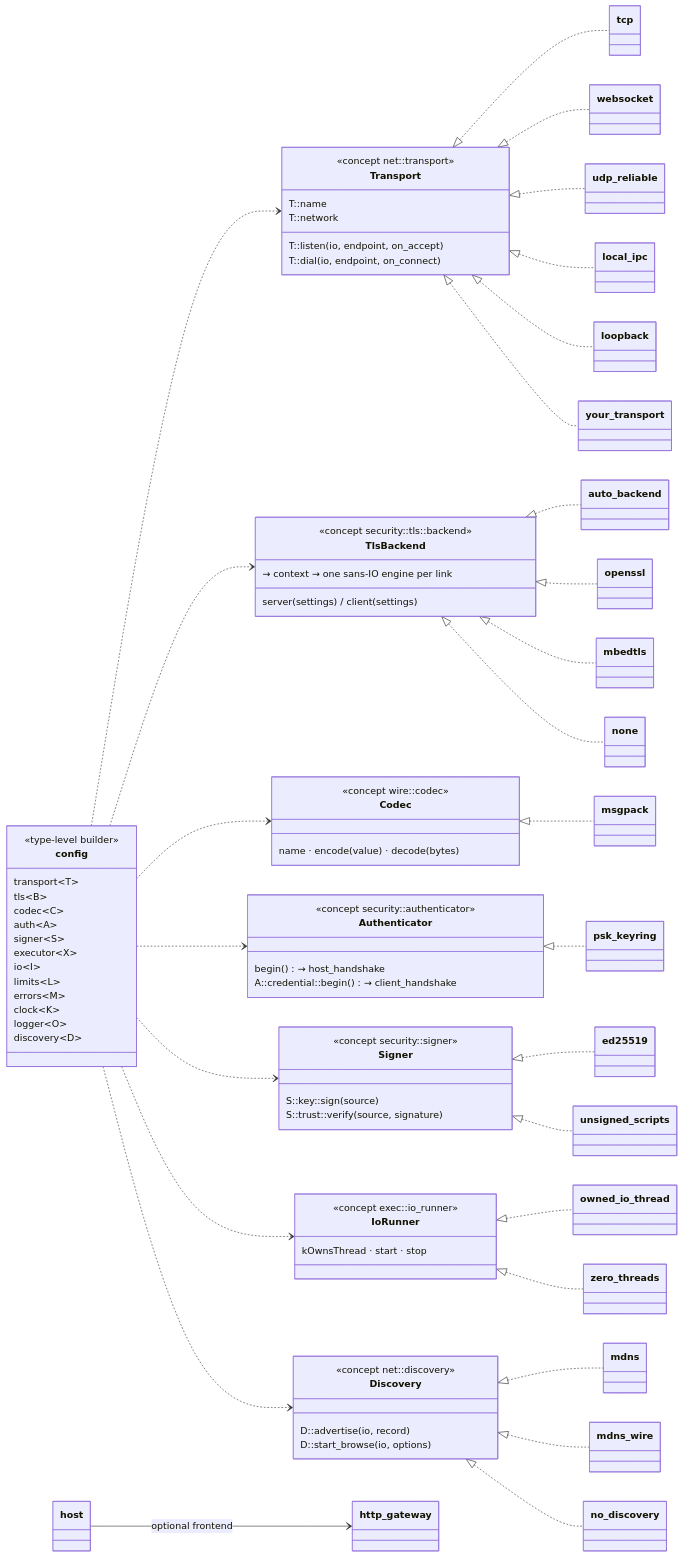
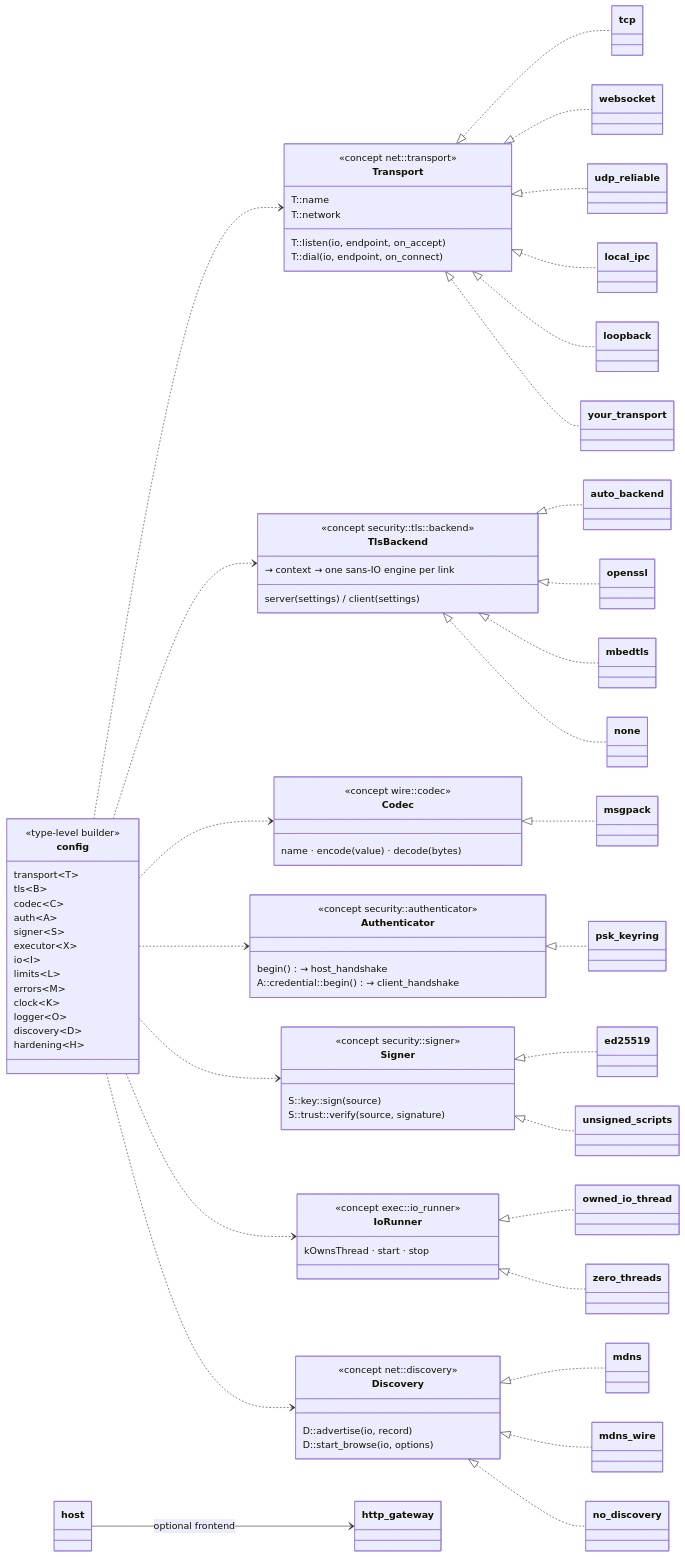
The third of 14 diagrams in Docs/ARCHITECTURE.md (tonytranrp/RHP), drawn with Mermaid before and after one commit. The commit also changed other lines of this file and 4 other files, not shown here.

````diff
--- a/Docs/ARCHITECTURE.md
+++ b/Docs/ARCHITECTURE.md
@@ -122,81 +122,82 @@
 ```mermaid
 classDiagram
     direction LR
     class config {
         <<type-level builder>>
         transport~T~
         tls~B~
         codec~C~
         auth~A~
         signer~S~
         executor~X~
         io~I~
         limits~L~
         errors~M~
         clock~K~
         logger~O~
         discovery~D~
+        hardening~H~
     }
     class Transport {
         <<concept net::transport>>
         T::name
         T::listen(io, endpoint, on_accept)
         T::dial(io, endpoint, on_connect)
         T::network
     }
     class TlsBackend {
         <<concept security::tls::backend>>
         server(settings) / client(settings)
         → context → one sans-IO engine per link
     }
     class Codec {
         <<concept wire::codec>>
         name · encode(value) · decode(bytes)
     }
     class Authenticator {
         <<concept security::authenticator>>
         begin() → host_handshake
         A::credential::begin() → client_handshake
     }
     class Signer {
         <<concept security::signer>>
         S::key::sign(source)
         S::trust::verify(source, signature)
     }
     class IoRunner {
         <<concept exec::io_runner>>
         kOwnsThread · start · stop
     }
     class Discovery {
         <<concept net::discovery>>
         D::advertise(io, record)
         D::start_browse(io, options)
     }
     config ..> Transport
     config ..> TlsBackend
     config ..> Codec
     config ..> Authenticator
     config ..> Signer
     config ..> IoRunner
     config ..> Discovery
     Transport <|.. tcp
     Transport <|.. websocket
     Transport <|.. udp_reliable
     Transport <|.. local_ipc
     Transport <|.. loopback
     Transport <|.. your_transport
     TlsBackend <|.. auto_backend
     TlsBackend <|.. openssl
     TlsBackend <|.. mbedtls
     TlsBackend <|.. none
     Codec <|.. msgpack
     Authenticator <|.. psk_keyring
     Signer <|.. ed25519
     Signer <|.. unsigned_scripts
     IoRunner <|.. owned_io_thread
     IoRunner <|.. zero_threads
     Discovery <|.. mdns
     Discovery <|.. mdns_wire
     Discovery <|.. no_discovery
     host --> http_gateway : optional frontend
 ```
````
